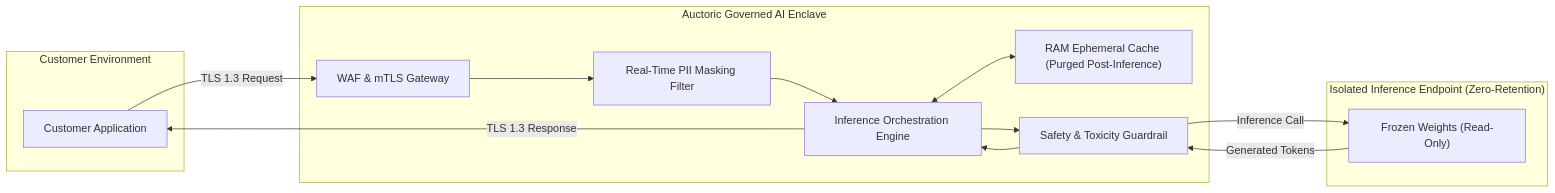
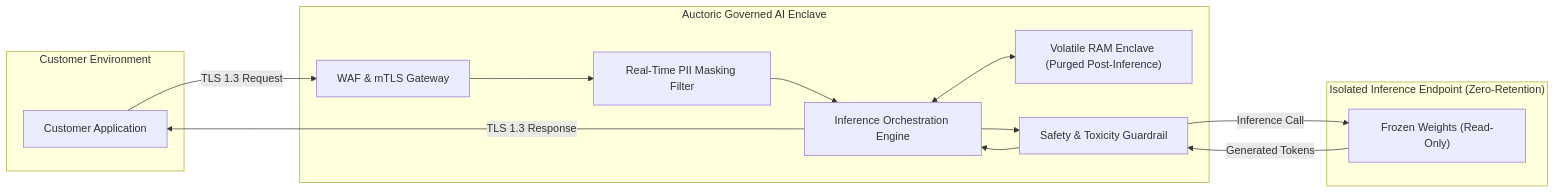
The diagram in docs/ai-governance/ai-dpa-model-non-retention-addendum.md (Auctoric/auctoric-compliance-framework), drawn with Mermaid before and after one commit. The commit also changed other lines of this file and 20 other files, not shown here.

````diff
--- a/docs/ai-governance/ai-dpa-model-non-retention-addendum.md
+++ b/docs/ai-governance/ai-dpa-model-non-retention-addendum.md
@@ -54,28 +57,28 @@
 ```mermaid
 flowchart LR
     subgraph CustomerEnv["Customer Environment"]
         App["Customer Application"]
     end
 
     subgraph AuctoricSecureEnclave["Auctoric Governed AI Enclave"]
         WAF["WAF & mTLS Gateway"]
         PII["Real-Time PII Masking Filter"]
         Engine["Inference Orchestration Engine"]
-        Memory["RAM Ephemeral Cache (Purged Post-Inference)"]
+        Memory["Volatile RAM Enclave (Purged Post-Inference)"]
         Guard["Safety & Toxicity Guardrail"]
     end
 
     subgraph FoundationModel["Isolated Inference Endpoint (Zero-Retention)"]
         Model["Frozen Weights (Read-Only)"]
     end
 
     App -->|TLS 1.3 Request| WAF
     WAF --> PII
     PII --> Engine
     Engine <--> Memory
     Engine --> Guard
     Guard -->|Inference Call| Model
     Model -->|Generated Tokens| Guard
     Guard --> Engine
     Engine -->|TLS 1.3 Response| App
 ```
````
